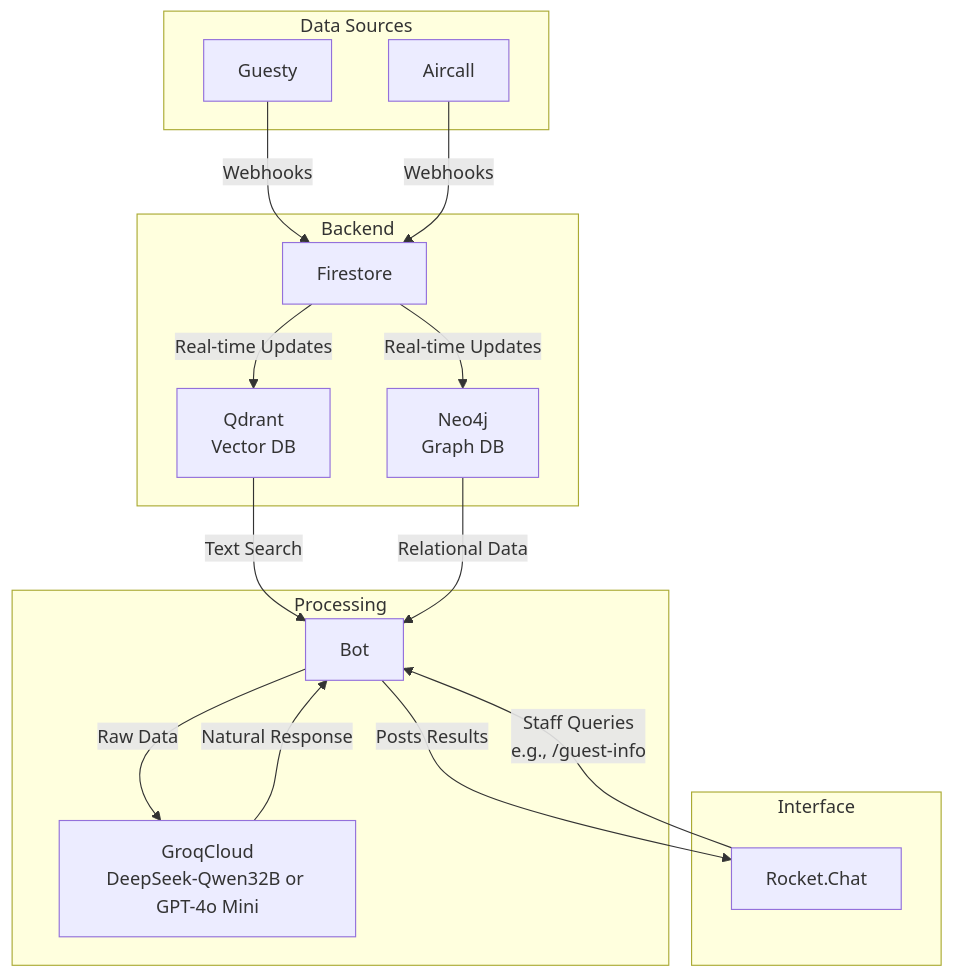
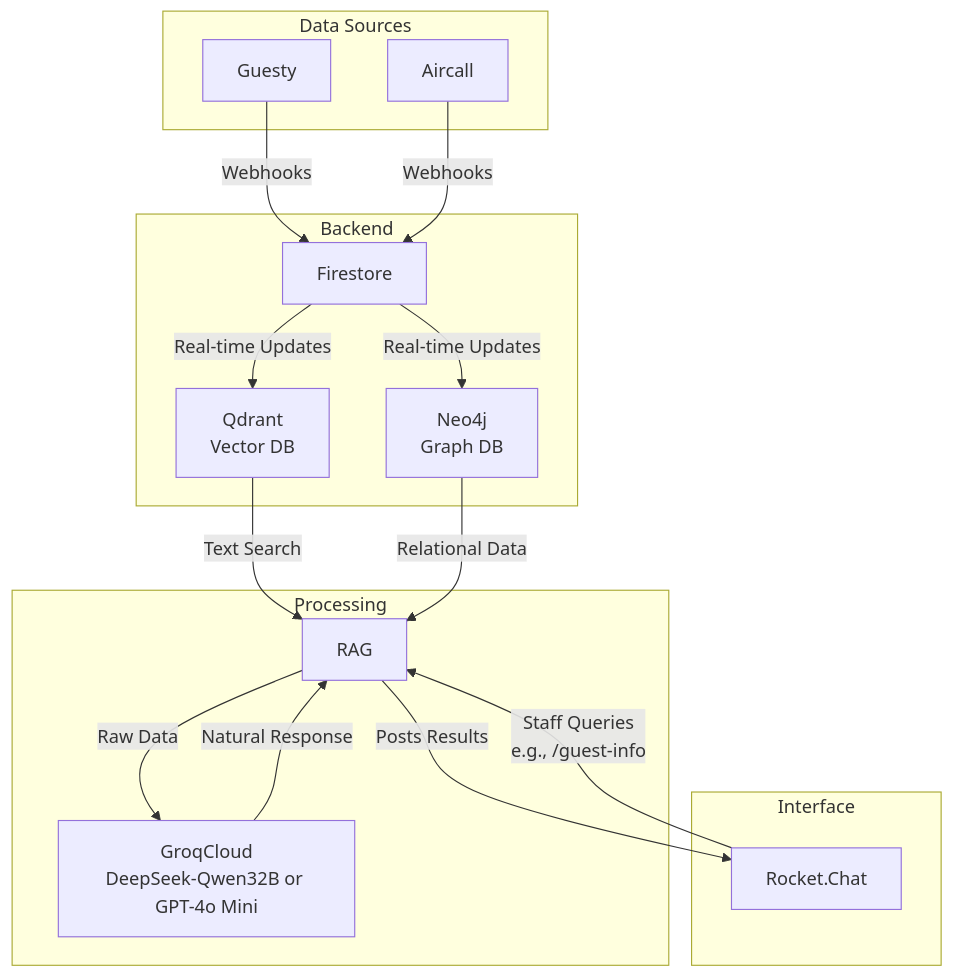
The diagram in projects/bnb/architecture.md (deepbrainspace/deepbrain-stack), drawn with Mermaid before and after one commit.

Commit message:
feat: new architecture

````diff
--- a/projects/bnb/architecture.md
+++ b/projects/bnb/architecture.md
@@ -43,29 +43,29 @@
 ```mermaid
 graph TD
     A[Guesty] -->|Webhooks| B[Firestore]
     C[Aircall] -->|Webhooks| B
     B -->|Real-time Updates| D[Qdrant<br>Vector DB]
     B -->|Real-time Updates| E[Neo4j<br>Graph DB]
-    D -->|Text Search| F[Bot]
+    D -->|Text Search| F[RAG]
     E -->|Relational Data| F
     F -->|Raw Data| G[GroqCloud<br>DeepSeek-Qwen32B or GPT-4o Mini]
     G -->|Natural Response| F
     F -->|Posts Results| H[Rocket.Chat]
     H -->|Staff Queries<br>e.g., /guest-info| F
     subgraph Data Sources
         A
         C
     end
     subgraph Backend
         B
         D
         E
     end
     subgraph Processing
         F
         G
     end
     subgraph Interface
         H
     end
 ```
````
